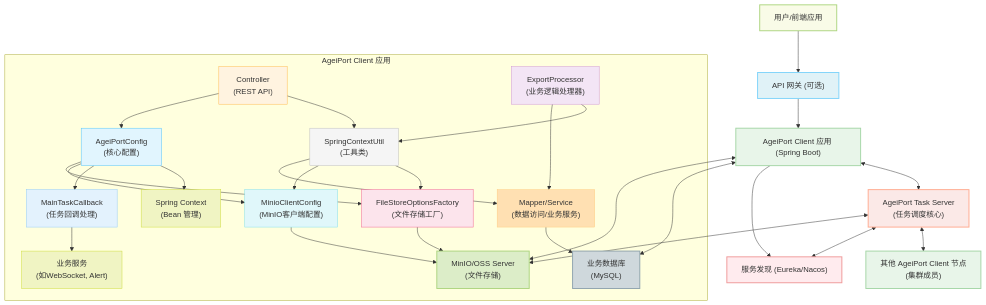
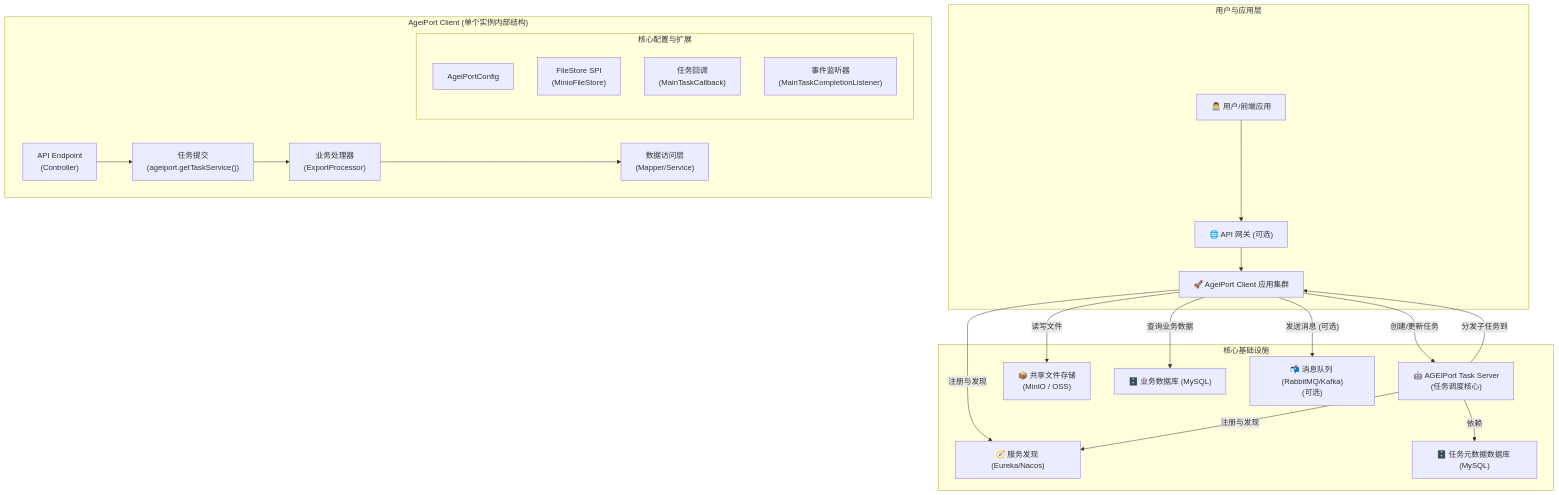
One commit to jackasher36/distributed-export-client changed the diagram in README.md. Above: the diagram before and after it, drawn with Mermaid. The commit also changed other lines of this file and 3 other files, not shown here.

````diff
--- a/README.md
+++ b/README.md
@@ -25,62 +33,41 @@
 ```mermaid
-flowchart TD
-    User["用户/前端应用"] --> API_Gateway["API 网关 (可选)"]
-    API_Gateway --> AgeiPort_Client["AgeiPort Client 应用 (Spring Boot)"]
-
-    subgraph AgeiPort Client 应用
-        C1["Spring Context<br/>(Bean 管理)"]
-        C2["Controller<br/>(REST API)"]
-        C3["AgeiPortConfig<br/>(核心配置)"]
-        C4["ExportProcessor<br/>(业务逻辑处理器)"]
-        C5["Mapper/Service<br/>(数据访问/业务服务)"]
-        C6["MinioClientConfig<br/>(MinIO客户端配置)"]
-        C7["FileStoreOptionsFactory<br/>(文件存储工厂)"]
-        C8["MainTaskCallback<br/>(任务回调处理)"]
-        C9["SpringContextUtil<br/>(工具类)"]
-
-        C2 --> C3
-        C2 --> C9
-        C3 --> C7
-        C3 --> C6
-        C3 --> C8
-        C3 --> C1
-        C4 --> C5
-        C4 --> C9
-        C5 --> DB["业务数据库<br/>(MySQL)"]
-        C6 --> Minio_Server["MinIO/OSS Server<br/>(文件存储)"]
-        C7 --> Minio_Server
-        C8 --> Business_Service["业务服务<br/>(如WebSocket, Alert)"]
-        C9 --> C5
-        C9 --> C6
-        C9 --> C7
+graph TD
+    subgraph "用户与应用层"
+        User["👨‍💻 用户/前端应用"] --> API_Gateway["🌐 API 网关 (可选)"]
+        API_Gateway --> AgeiPort_Clients["🚀 AgeiPort Client 应用集群"]
     end
 
-    AgeiPort_Client --> Discovery_Service["服务发现 (Eureka/Nacos)"]
-    AgeiPort_Client <--> AgeiPort_Task_Server["AgeiPort Task Server<br/>(任务调度核心)"]
-    AgeiPort_Client <--> Minio_Server
-    AgeiPort_Client <--> DB
+    subgraph "核心基础设施"
+        Discovery_Service["🧭 服务发现 (Eureka/Nacos)"]
+        AgeiPort_Task_Server["🤖 AGEIPort Task Server<br/>(任务调度核心)"]
+        Shared_Storage["📦 共享文件存储<br/>(MinIO / OSS)"]
+        Business_DB["🗄️ 业务数据库 (MySQL)"]
+        Task_DB["🗄️ 任务元数据数据库 (MySQL)"]
+        MQ["📬 消息队列 (RabbitMQ/Kafka)<br/>(可选)"]
+    end
+    
+    subgraph "AgeiPort Client (单个实例内部结构)"
+        direction LR
+        Controller["API Endpoint<br/>(Controller)"] --> Task_Submission["任务提交<br/>(ageiport.getTaskService())"]
+        Task_Submission --> Processor["业务处理器<br/>(ExportProcessor)"]
+        Processor --> Data_Access["数据访问层<br/>(Mapper/Service)"]
+        
+        subgraph "核心配置与扩展"
+            AgeiPortConfig["AgeiPortConfig"]
+            FileStoreSPI["FileStore SPI<br/>(MinioFileStore)"]
+            TaskCallback["任务回调<br/>(MainTaskCallback)"]
+            Listener["事件监听器<br/>(MainTaskCompletionListener)"]
+        end
+    end
+    
+    AgeiPort_Clients -- "注册与发现" --> Discovery_Service
+    AgeiPort_Clients -- "创建/更新任务" --> AgeiPort_Task_Server
+    AgeiPort_Clients -- "读写文件" --> Shared_Storage
+    AgeiPort_Clients -- "查询业务数据" --> Business_DB
+    AgeiPort_Clients -- "发送消息 (可选)" --> MQ
 
-    AgeiPort_Task_Server <--> Discovery_Service
-    AgeiPort_Task_Server <--> Minio_Server
-    AgeiPort_Task_Server <--> AgeiPort_Client_Nodes["其他 AgeiPort Client 节点<br/>(集群成员)"]
-
-    style User fill:#f9fbe7,stroke:#aed581,stroke-width:2px
-    style API_Gateway fill:#e0f2f7,stroke:#81d4fa,stroke-width:2px
-    style AgeiPort_Client fill:#e8f5e9,stroke:#a5d6a7,stroke-width:2px
-    style C1 fill:#f0f4c3,stroke:#cddc39,stroke-width:1px
-    style C2 fill:#fff3e0,stroke:#ffb74d,stroke-width:1px
-    style C3 fill:#e1f5fe,stroke:#4fc3f7,stroke-width:1px
-    style C4 fill:#f3e5f5,stroke:#ce93d8,stroke-width:1px
-    style C5 fill:#ffe0b2,stroke:#ffcc80,stroke-width:1px
-    style C6 fill:#e0f7fa,stroke:#80deea,stroke-width:1px
-    style C7 fill:#fce4ec,stroke:#f06292,stroke-width:1px
-    style C8 fill:#e3f2fd,stroke:#90caf9,stroke-width:1px
-    style C9 fill:#f5f5f5,stroke:#bdbdbd,stroke-width:1px
-    style DB fill:#cfd8dc,stroke:#90a4ae,stroke-width:2px
-    style Discovery_Service fill:#ffebee,stroke:#ef9a9a,stroke-width:2px
-    style AgeiPort_Task_Server fill:#fbe9e7,stroke:#ffab91,stroke-width:2px
-    style Minio_Server fill:#dcedc8,stroke:#aed581,stroke-width:2px
-    style AgeiPort_Client_Nodes fill:#e8f5e9,stroke:#a5d6a7,stroke-width:2px
-    style Business_Service fill:#f0f4c3,stroke:#cddc39,stroke-width:1px
+    AgeiPort_Task_Server -- "依赖" --> Task_DB
+    AgeiPort_Task_Server -- "注册与发现" --> Discovery_Service
+    AgeiPort_Task_Server -- "分发子任务到" --> AgeiPort_Clients
 
 ```
````
